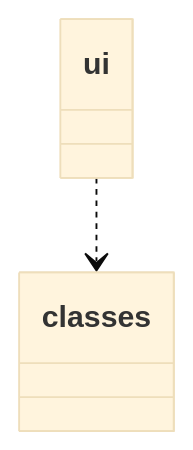
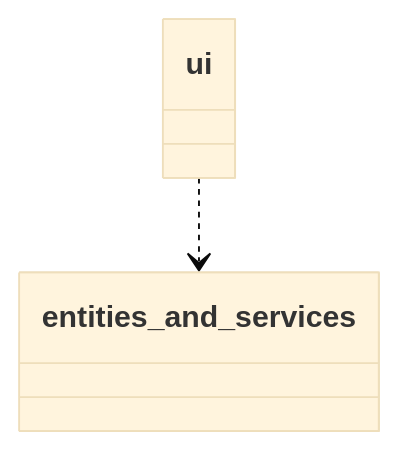
One commit to leinson/ohte-harjoitustyo changed the second of 2 diagrams in dokumentaatio/arkkitehtuuri.md. Above: the diagram before and after it, drawn with Mermaid (base theme). The commit also changed other lines of this file, not shown here.

Commit message:
classes nimetty uudelleen: entities_and_services

````diff
--- a/dokumentaatio/arkkitehtuuri.md
+++ b/dokumentaatio/arkkitehtuuri.md
@@ -33,10 +33,10 @@
 ```mermaid
  classDiagram
-      ui  ..>  classes
+      ui  ..>  entities_and_services
       
       
       class ui{
       }
-      class classes{
+      class entities_and_services{
       }
 ```
````
